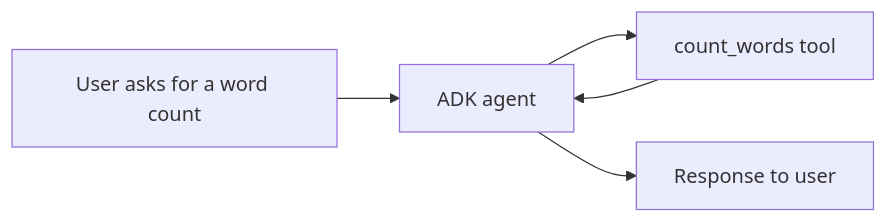
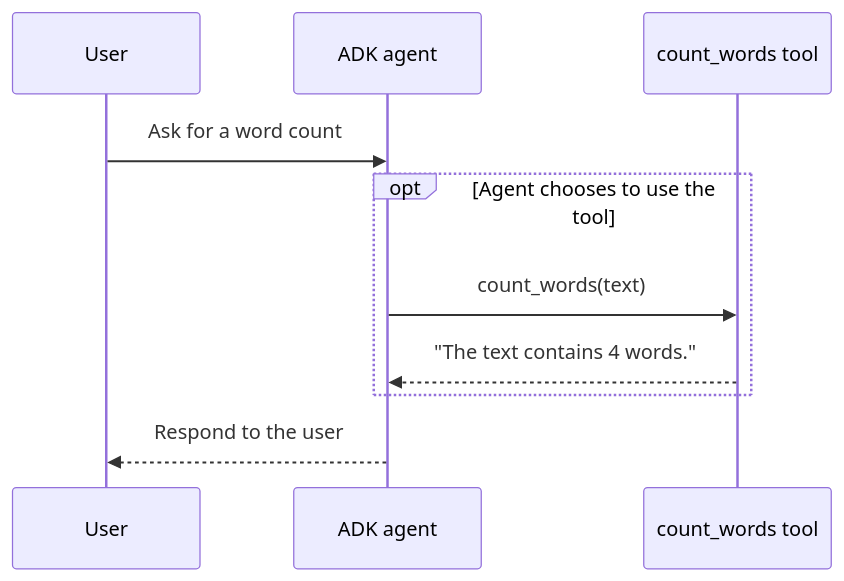
Before and after one commit to vivianagamezm-write/adk-custom-tool-tutorial: the diagram in README.md, drawn with Mermaid.

Commit message:
Clarify agent and tool request sequence

````diff
--- a/README.md
+++ b/README.md
@@ -30,7 +30,12 @@
 ```mermaid
-flowchart LR
-    U[User asks for a word count] --> A[ADK agent]
-    A --> T[count_words tool]
-    T --> A
-    A --> R[Response to user]
+sequenceDiagram
+    participant U as User
+    participant A as ADK agent
+    participant T as count_words tool
+    U->>A: Ask for a word count
+    opt Agent chooses to use the tool
+        A->>T: count_words(text)
+        T-->>A: "The text contains 4 words."
+    end
+    A-->>U: Respond to the user
 ```
````
